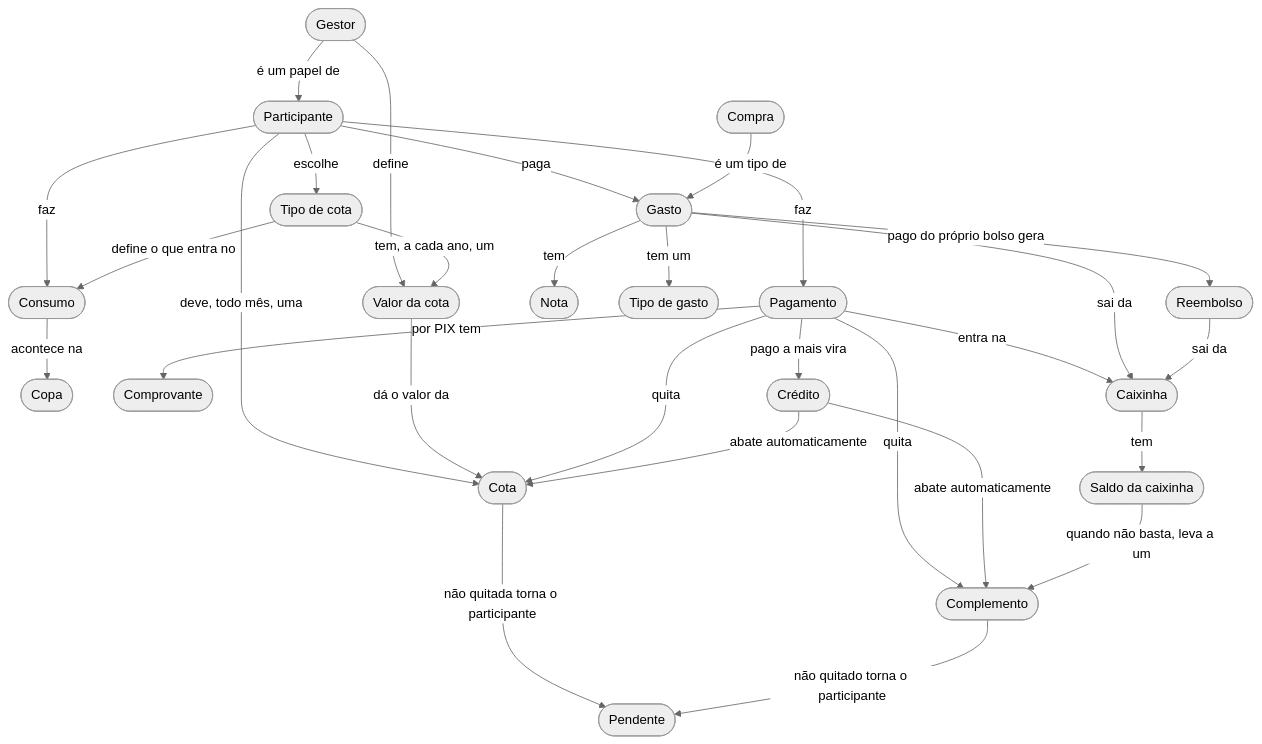
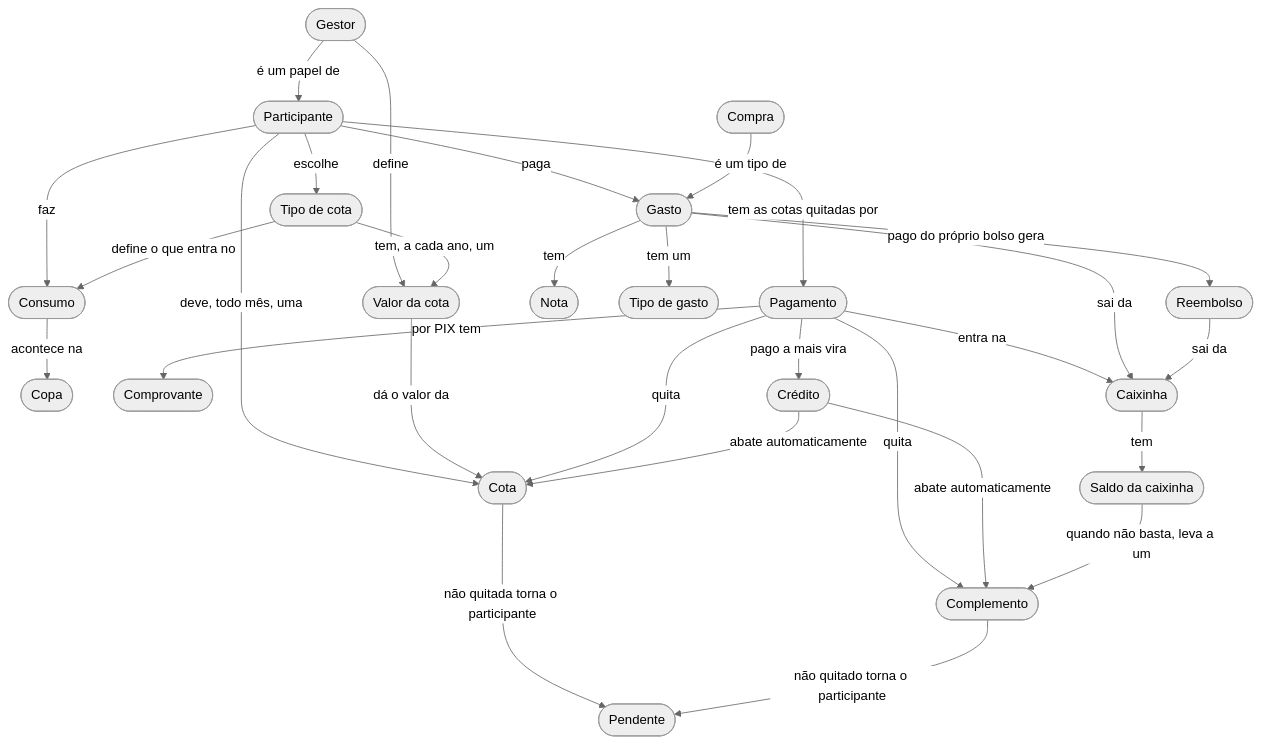
Before and after one commit to hsborges/facoffee-app: the first of 7 diagrams in docs/dominio/MODELOS.md, drawn with Mermaid. The commit also changed other lines of this file and 14 other files, not shown here.

First line of the commit message:
docs(dominio): pagamento é de quem tem as cotas quitadas (#90)

````diff
--- a/docs/dominio/MODELOS.md
+++ b/docs/dominio/MODELOS.md
@@ -27,38 +27,38 @@
 ```mermaid
 %%{init: {"theme": "neutral"}}%%
 flowchart TB
 
     Gestor(["Gestor"]) -- "é um papel de" --> Participante(["Participante"])
     Gestor -- "define" --> ValorDaCota(["Valor da cota"])
 
     Participante -- "escolhe" --> TipoDeCota(["Tipo de cota"])
     TipoDeCota -- "tem, a cada ano, um" --> ValorDaCota
     Participante -- "deve, todo mês, uma" --> Cota(["Cota"])
     ValorDaCota -- "dá o valor da" --> Cota
 
     Participante -- "faz" --> Consumo(["Consumo"])
     TipoDeCota -- "define o que entra no" --> Consumo
     Consumo -- "acontece na" --> Copa(["Copa"])
 
-    Participante -- "faz" --> Pagamento(["Pagamento"])
+    Participante -- "tem as cotas quitadas por" --> Pagamento(["Pagamento"])
     Pagamento -- "por PIX tem" --> Comprovante(["Comprovante"])
     Pagamento -- "quita" --> Cota
     Pagamento -- "quita" --> Complemento(["Complemento"])
     Pagamento -- "pago a mais vira" --> Credito(["Crédito"])
     Credito -- "abate automaticamente" --> Cota
     Credito -- "abate automaticamente" --> Complemento
     Cota -- "não quitada torna o participante" --> Pendente(["Pendente"])
     Complemento -- "não quitado torna o participante" --> Pendente
 
     Pagamento -- "entra na" --> Caixinha(["Caixinha"])
     Caixinha -- "tem" --> Saldo(["Saldo da caixinha"])
     Saldo -- "quando não basta, leva a um" --> Complemento
 
     Participante -- "paga" --> Gasto(["Gasto"])
     Compra(["Compra"]) -- "é um tipo de" --> Gasto
     Gasto -- "tem" --> Nota(["Nota"])
     Gasto -- "tem um" --> TipoDeGasto(["Tipo de gasto"])
     Gasto -- "sai da" --> Caixinha
     Gasto -- "pago do próprio bolso gera" --> Reembolso(["Reembolso"])
     Reembolso -- "sai da" --> Caixinha
 ```
````
